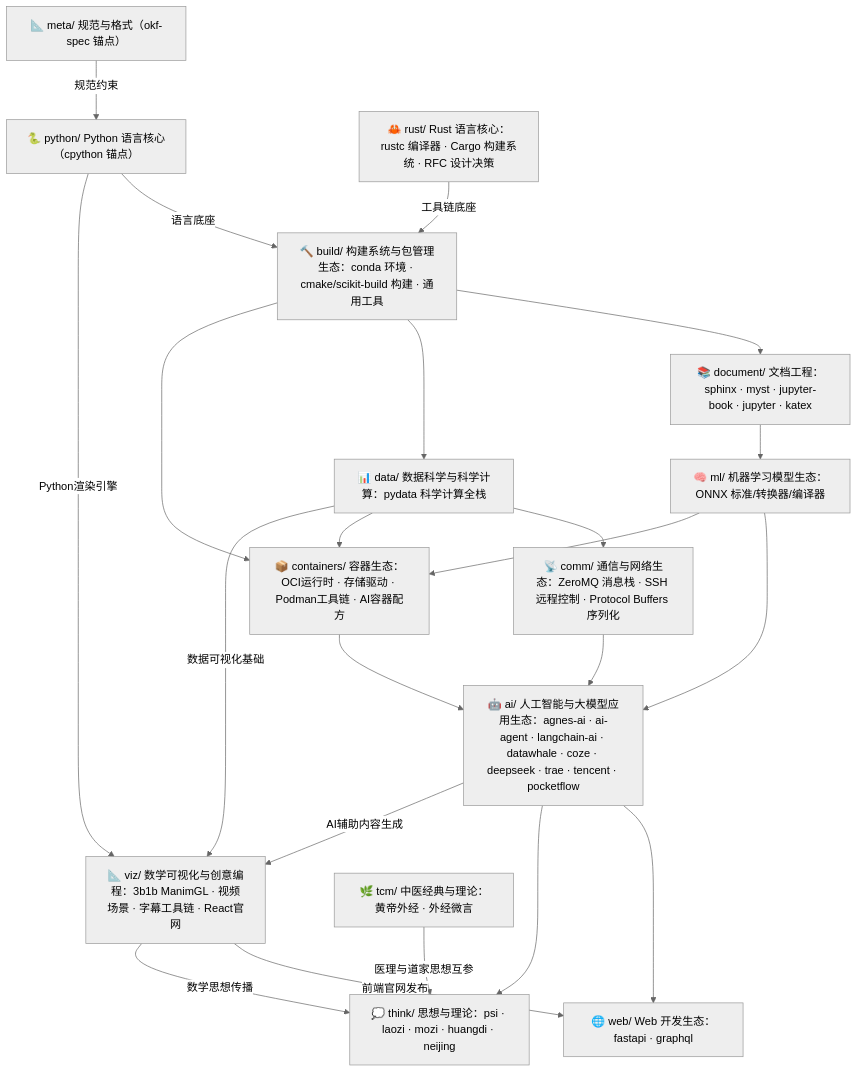
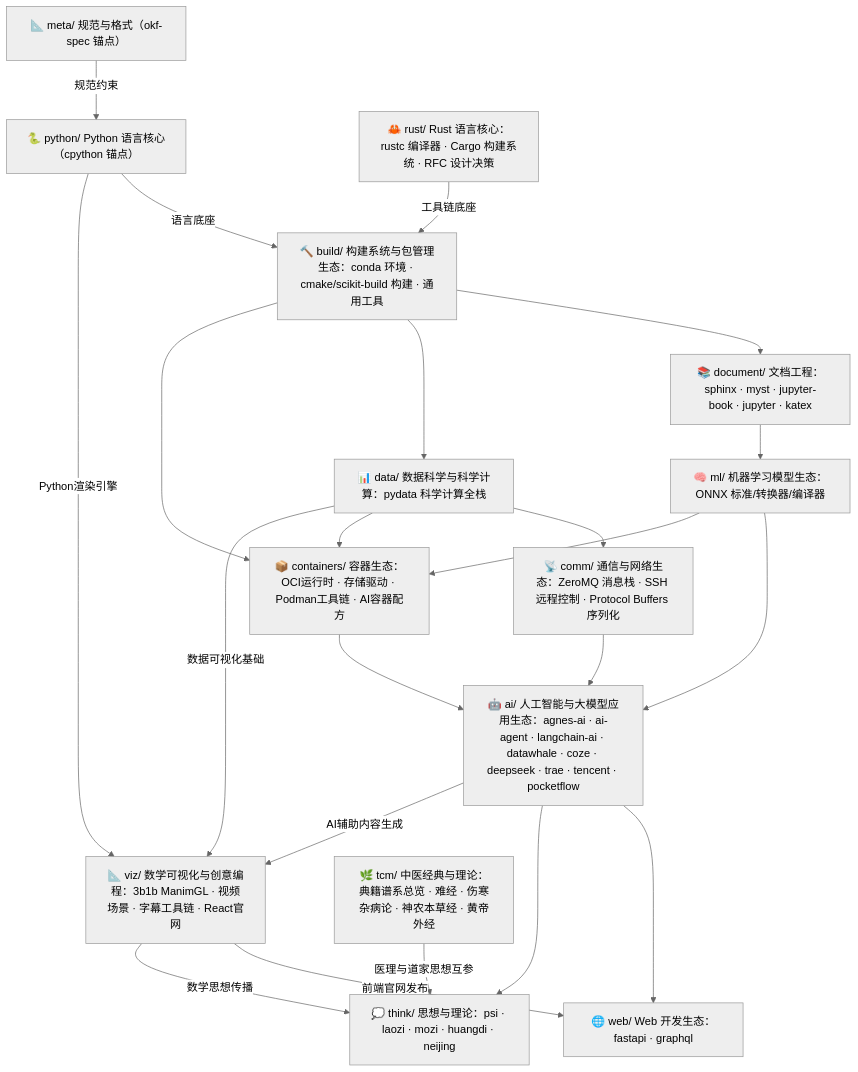
One commit to awesome-flexloop/awesome-okf changed the first of 2 diagrams in doc/bundles/index.md. Above: the diagram before and after it, drawn with Mermaid (neutral theme). The commit also changed other lines of this file and 2 other files, not shown here.

Commit message:
docs(bundles): 登记中医经典域导航与总索引——tcm 域 classics 分组 5 束就位、bundles 计数 296 至 300，《黄帝内经》交叉引用 think 域教程

````diff
--- a/doc/bundles/index.md
+++ b/doc/bundles/index.md
@@ -21,38 +21,38 @@
 ```mermaid
 flowchart TD
     meta["📐 meta/ 规范与格式（okf-spec 锚点）"]
     py["🐍 python/ Python 语言核心（cpython 锚点）"]
     rust["🦀 rust/ Rust 语言核心：rustc 编译器 · Cargo 构建系统 · RFC 设计决策"]
     build["🔨 build/ 构建系统与包管理生态：conda 环境 · cmake/scikit-build 构建 · 通用工具"]
     doc["📚 document/ 文档工程：sphinx · myst · jupyter-book · jupyter · katex"]
     data["📊 data/ 数据科学与科学计算：pydata 科学计算全栈"]
     ml["🧠 ml/ 机器学习模型生态：ONNX 标准/转换器/编译器"]
     comm["📡 comm/ 通信与网络生态：ZeroMQ 消息栈 · SSH 远程控制 · Protocol Buffers 序列化"]
     ai["🤖 ai/ 人工智能与大模型应用生态：agnes-ai · ai-agent · langchain-ai · datawhale · coze · deepseek · trae · tencent · pocketflow"]
     viz["📐 viz/ 数学可视化与创意编程：3b1b ManimGL · 视频场景 · 字幕工具链 · React官网"]
     web["🌐 web/ Web 开发生态：fastapi · graphql"]
     containers["📦 containers/ 容器生态：OCI运行时 · 存储驱动 · Podman工具链 · AI容器配方"]
     think["💭 think/ 思想与理论：psi · laozi · mozi · huangdi · neijing"]
-    tcm["🌿 tcm/ 中医经典与理论：黄帝外经 · 外经微言"]
+    tcm["🌿 tcm/ 中医经典与理论：典籍谱系总览 · 难经 · 伤寒杂病论 · 神农本草经 · 黄帝外经"]
     meta -->|"规范约束"| py
     py -->|"语言底座"| build
     rust -->|"工具链底座"| build
     build --> doc
     build --> data
     build --> containers
     doc --> ml
     data --> comm
     data --> containers
     data -->|"数据可视化基础"| viz
     py -->|"Python渲染引擎"| viz
     ml --> ai
     ml --> containers
     comm --> ai
     containers --> ai
     ai --> web
     ai --> think
     ai -->|"AI辅助内容生成"| viz
     viz -->|"前端官网发布"| web
     viz -->|"数学思想传播"| think
     tcm -->|"医理与道家思想互参"| think
 ```
````
